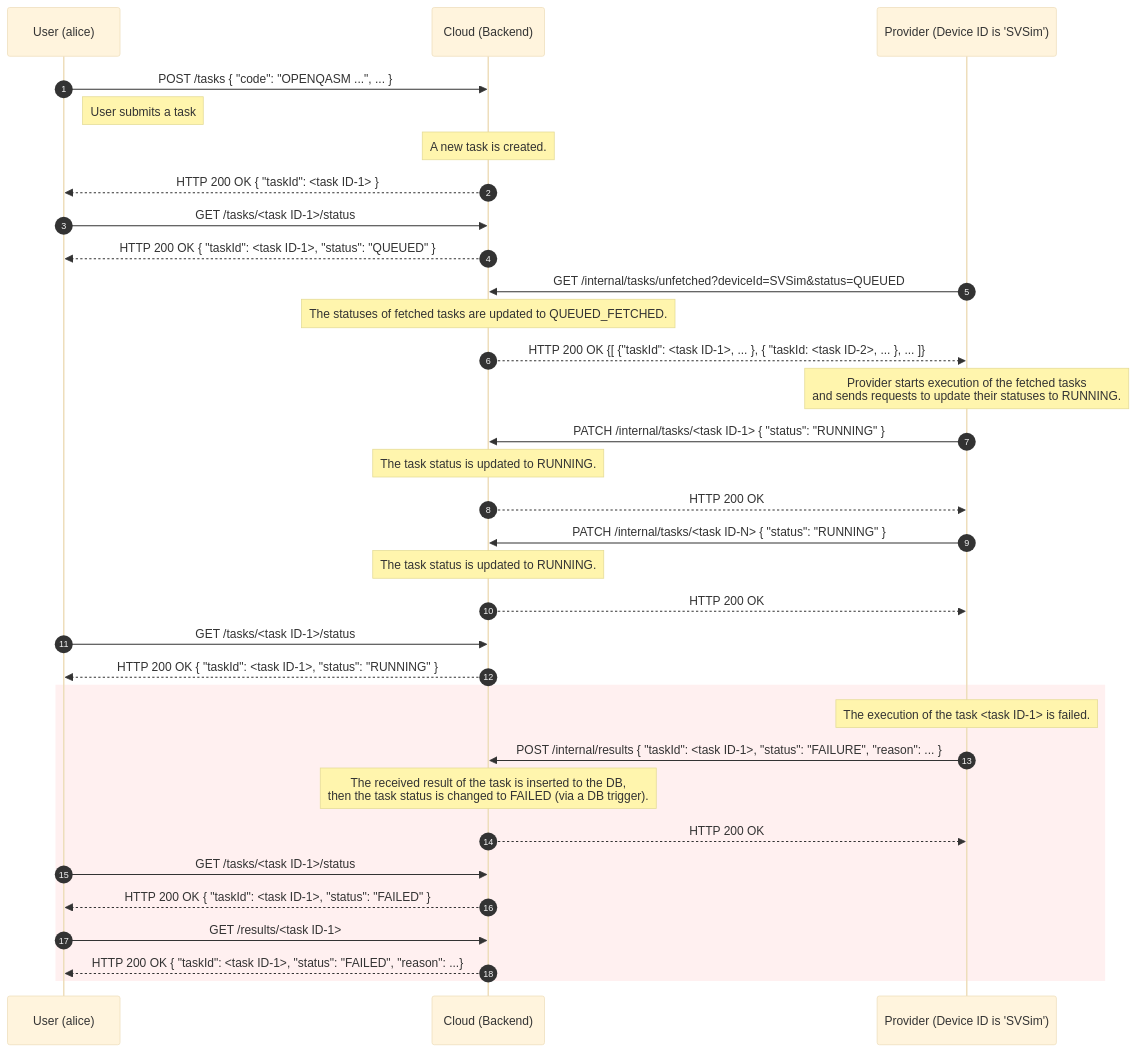
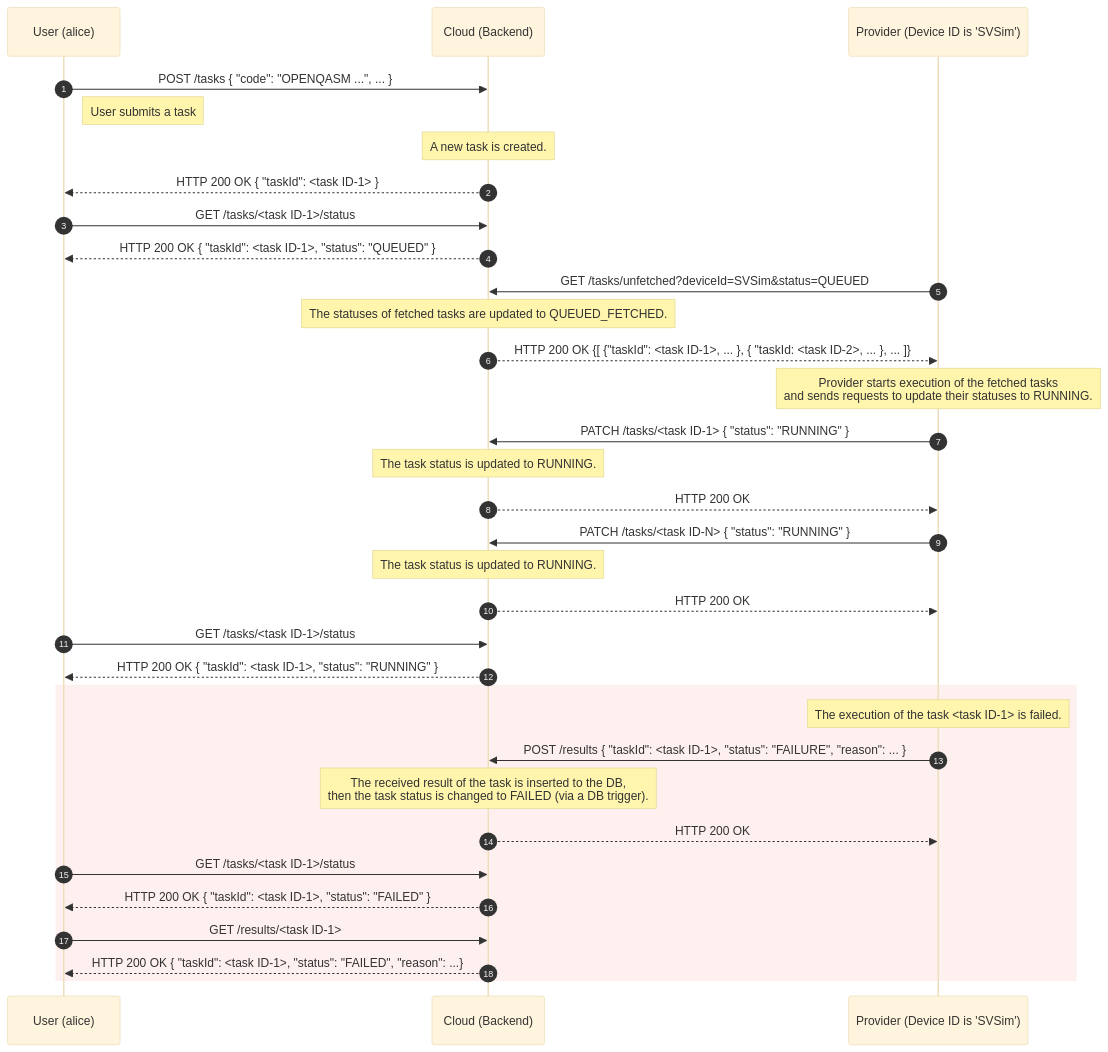
Before and after one commit to oqtopus-team/oqtopus-cloud: the second of 3 diagrams in docs/en/architecture/sequence_diagram.md, drawn with Mermaid (base theme). The commit also changed other lines of this file and 9 other files, not shown here.

````diff
--- a/docs/en/architecture/sequence_diagram.md
+++ b/docs/en/architecture/sequence_diagram.md
@@ -92,44 +92,44 @@
 ```mermaid
 sequenceDiagram
     autonumber
     participant User as User (alice)
     participant Cloud as Cloud (Backend)
     participant Provider as Provider (Device ID is 'SVSim')
 
     User->>Cloud: POST /tasks { "code": "OPENQASM ...", ... }
     Note right of User: User submits a task
     Note over Cloud: A new task is created.
     Cloud-->>User: HTTP 200 OK { "taskId": <task ID-1> }
 
     User->>Cloud: GET /tasks/<task ID-1>/status
     Cloud-->>User: HTTP 200 OK { "taskId": <task ID-1>, "status": "QUEUED" }
 
-    Provider->>Cloud: GET /internal/tasks/unfetched?deviceId=SVSim&status=QUEUED
+    Provider->>Cloud: GET /tasks/unfetched?deviceId=SVSim&status=QUEUED
     Note over Cloud: The statuses of fetched tasks are updated to QUEUED_FETCHED.
     Cloud-->>Provider: HTTP 200 OK {[ {"taskId": <task ID-1>, ... }, { "taskId: <task ID-2>, ... }, ... ]}
 
     Note over Provider: Provider starts execution of the fetched tasks<br>and sends requests to update their statuses to RUNNING.
-    Provider->>Cloud: PATCH /internal/tasks/<task ID-1> { "status": "RUNNING" }
+    Provider->>Cloud: PATCH /tasks/<task ID-1> { "status": "RUNNING" }
     Note over Cloud: The task status is updated to RUNNING.
     Cloud-->>Provider: HTTP 200 OK
 
-    Provider->>Cloud: PATCH /internal/tasks/<task ID-N> { "status": "RUNNING" }
+    Provider->>Cloud: PATCH /tasks/<task ID-N> { "status": "RUNNING" }
     Note over Cloud: The task status is updated to RUNNING.
     Cloud-->>Provider: HTTP 200 OK
 
     User->>Cloud: GET /tasks/<task ID-1>/status
     Cloud-->>User: HTTP 200 OK { "taskId": <task ID-1>, "status": "RUNNING" }
 
     rect rgb(255, 240, 240)
         Note over Provider: The execution of the task <task ID-1> is failed.
-        Provider->>Cloud: POST /internal/results { "taskId": <task ID-1>, "status": "FAILURE", "reason": ... }
+        Provider->>Cloud: POST /results { "taskId": <task ID-1>, "status": "FAILURE", "reason": ... }
         Note over Cloud: The received result of the task is inserted to the DB,<br> then the task status is changed to FAILED (via a DB trigger).
         Cloud-->>Provider: HTTP 200 OK
   
         User->>Cloud: GET /tasks/<task ID-1>/status
         Cloud-->>User: HTTP 200 OK { "taskId": <task ID-1>, "status": "FAILED" }
   
         User->>Cloud: GET /results/<task ID-1>
         Cloud-->>User: HTTP 200 OK { "taskId": <task ID-1>, "status": "FAILED", "reason": ...}
     end
 ```
````
